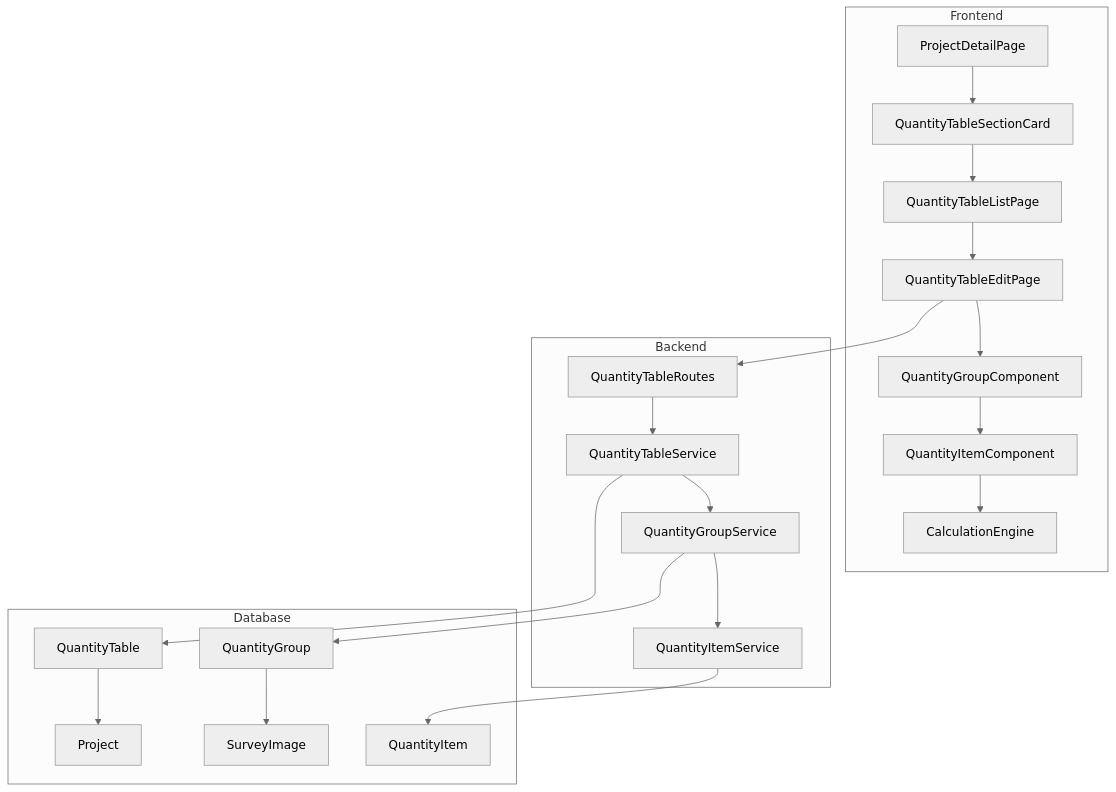
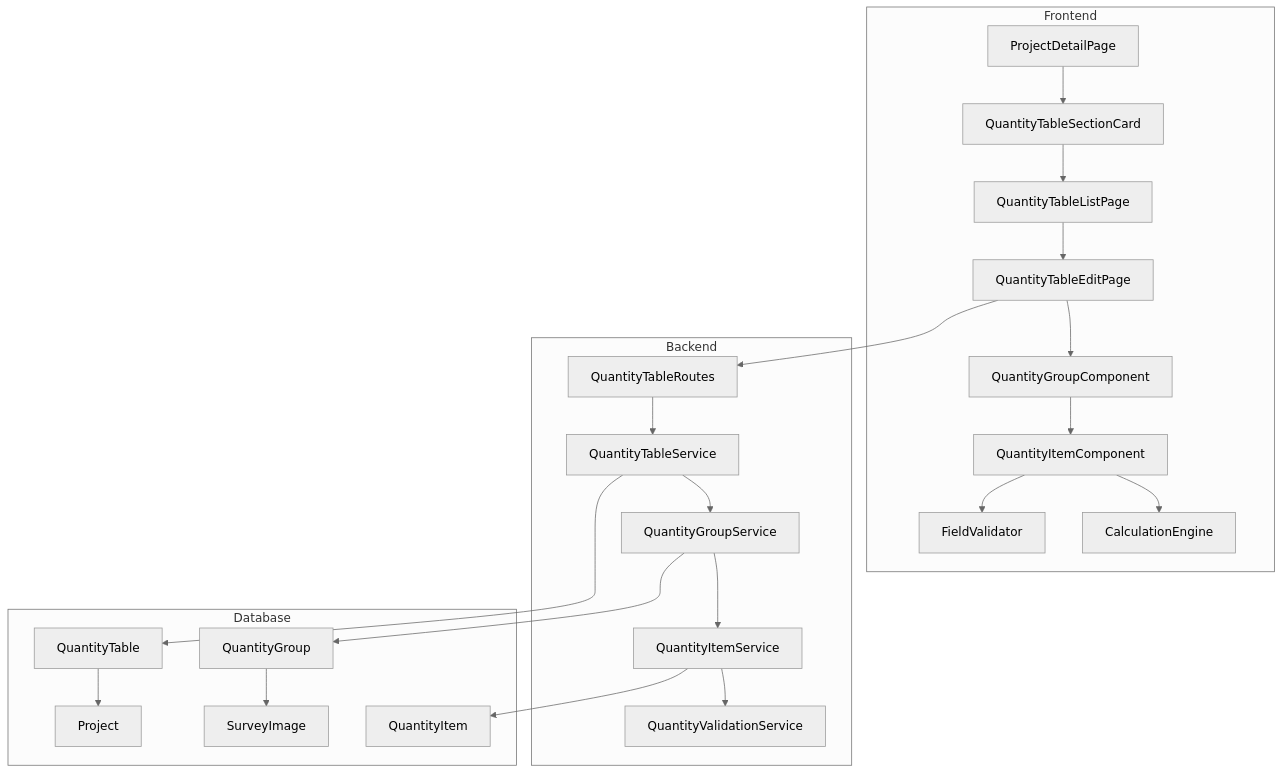
Before and after one commit to inakanou/ArchiTrack: the first of 3 diagrams in .kiro/specs/quantity-table-generation/design.md, drawn with Mermaid (neutral theme). The commit also changed other lines of this file and 2 other files, not shown here.

````diff
--- a/.kiro/specs/quantity-table-generation/design.md
+++ b/.kiro/specs/quantity-table-generation/design.md
@@ -39,45 +40,49 @@
 ```mermaid
 graph TB
     subgraph Frontend
         PDP[ProjectDetailPage]
         QTL[QuantityTableListPage]
         QTE[QuantityTableEditPage]
         QTS[QuantityTableSectionCard]
         QGC[QuantityGroupComponent]
         QIC[QuantityItemComponent]
         CE[CalculationEngine]
+        FV[FieldValidator]
     end
 
     subgraph Backend
         QTR[QuantityTableRoutes]
         QTSV[QuantityTableService]
         QGSV[QuantityGroupService]
         QISV[QuantityItemService]
+        QVS[QuantityValidationService]
     end
 
     subgraph Database
         PJ[Project]
         QT[QuantityTable]
         QG[QuantityGroup]
         QI[QuantityItem]
         SI[SurveyImage]
     end
 
     PDP --> QTS
     QTS --> QTL
     QTL --> QTE
     QTE --> QGC
     QGC --> QIC
     QIC --> CE
+    QIC --> FV
 
     QTE --> QTR
     QTR --> QTSV
     QTSV --> QGSV
     QGSV --> QISV
+    QISV --> QVS
 
     QTSV --> QT
     QGSV --> QG
     QISV --> QI
     QG --> SI
     QT --> PJ
 ```
````
